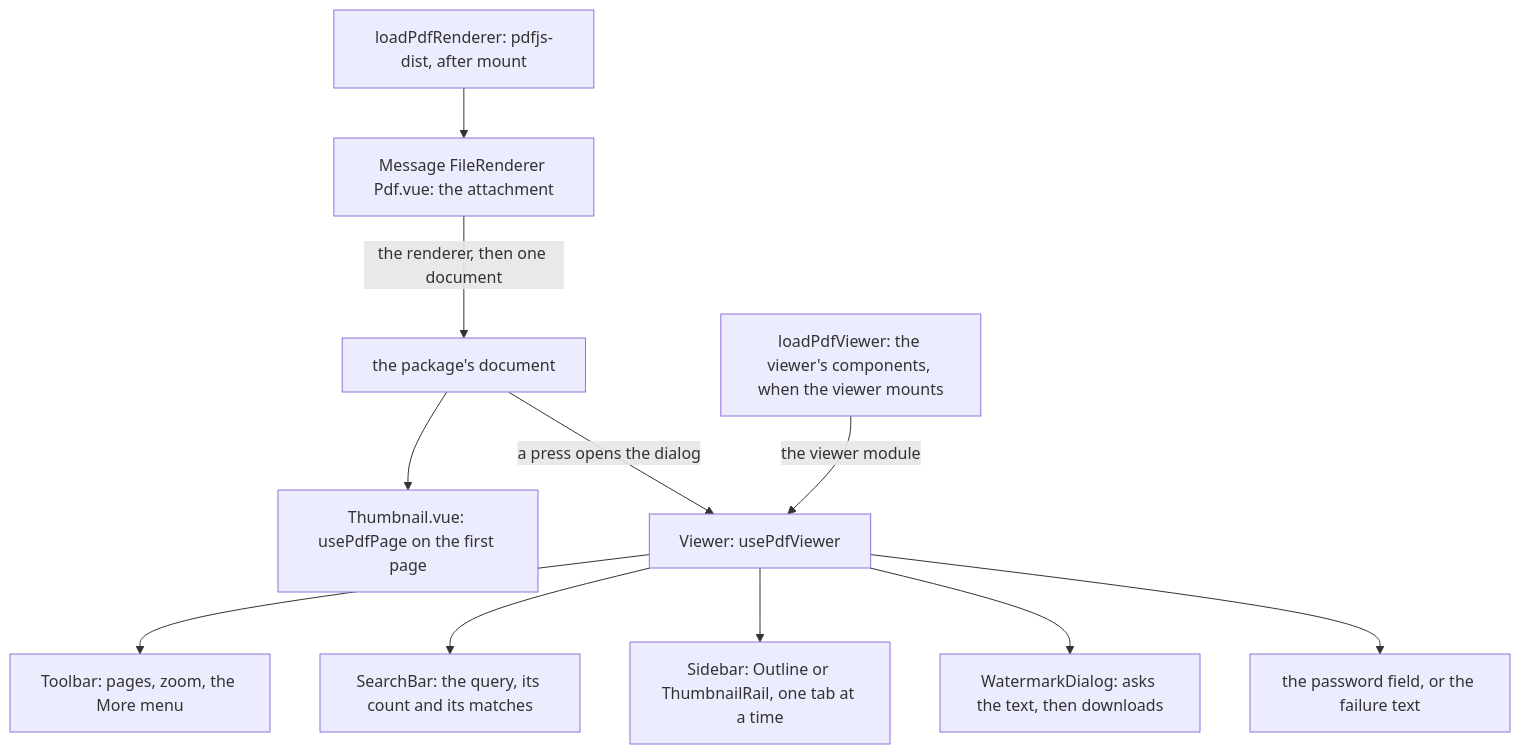
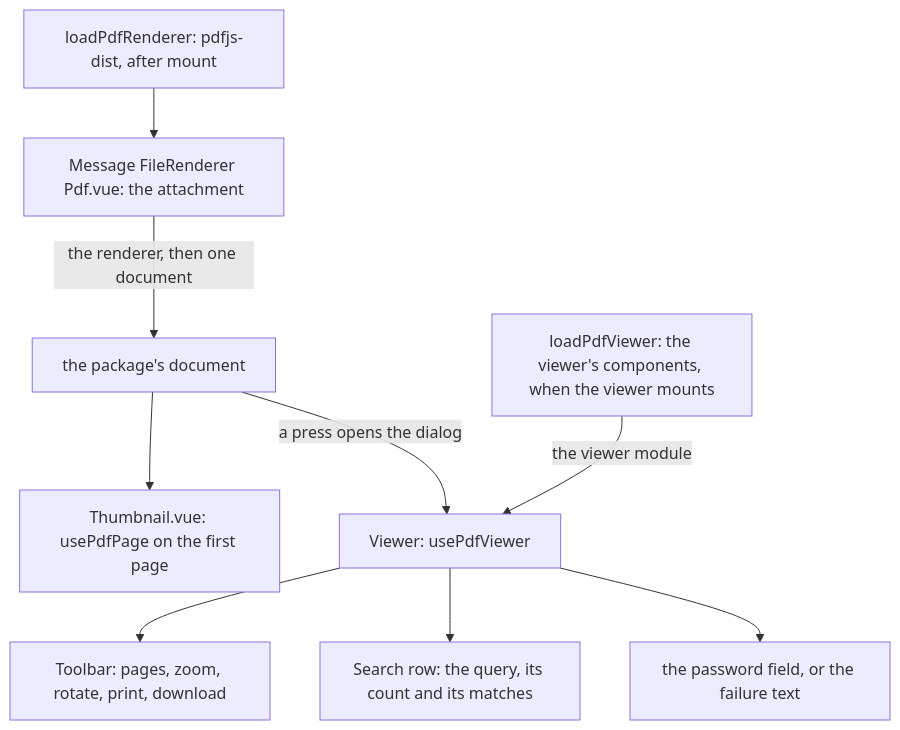
One commit to Esposter/Esposter changed the diagram in openspec/specs/architecture/pdf-viewer/design.md. Above: the diagram before and after it, drawn with Mermaid. The commit also changed other lines of this file and 5 other files, not shown here.

First line of the commit message:
docs(architecture): the PDF viewer's spec and design describe only what the viewer draws

````diff
--- a/openspec/specs/architecture/pdf-viewer/design.md
+++ b/openspec/specs/architecture/pdf-viewer/design.md
@@ -15,13 +15,11 @@
 ```mermaid
 flowchart TD
   loader["loadPdfRenderer: pdfjs-dist, after mount"] --> attachment["Message FileRenderer Pdf.vue: the attachment"]
   attachment -->|"the renderer, then one document"| document["the package's document"]
   document --> thumbnail["Thumbnail.vue: usePdfPage on the first page"]
   document -->|"a press opens the dialog"| viewer["Viewer: usePdfViewer"]
   viewerLoader["loadPdfViewer: the viewer's components, when the viewer mounts"] -->|"the viewer module"| viewer
-  viewer --> toolbar["Toolbar: pages, zoom, the More menu"]
-  viewer --> search["SearchBar: the query, its count and its matches"]
-  viewer --> sidebar["Sidebar: Outline or ThumbnailRail, one tab at a time"]
-  viewer --> watermark["WatermarkDialog: asks the text, then downloads"]
+  viewer --> toolbar["Toolbar: pages, zoom, rotate, print, download"]
+  viewer --> search["Search row: the query, its count and its matches"]
   viewer --> prompt["the password field, or the failure text"]
 ```
````
